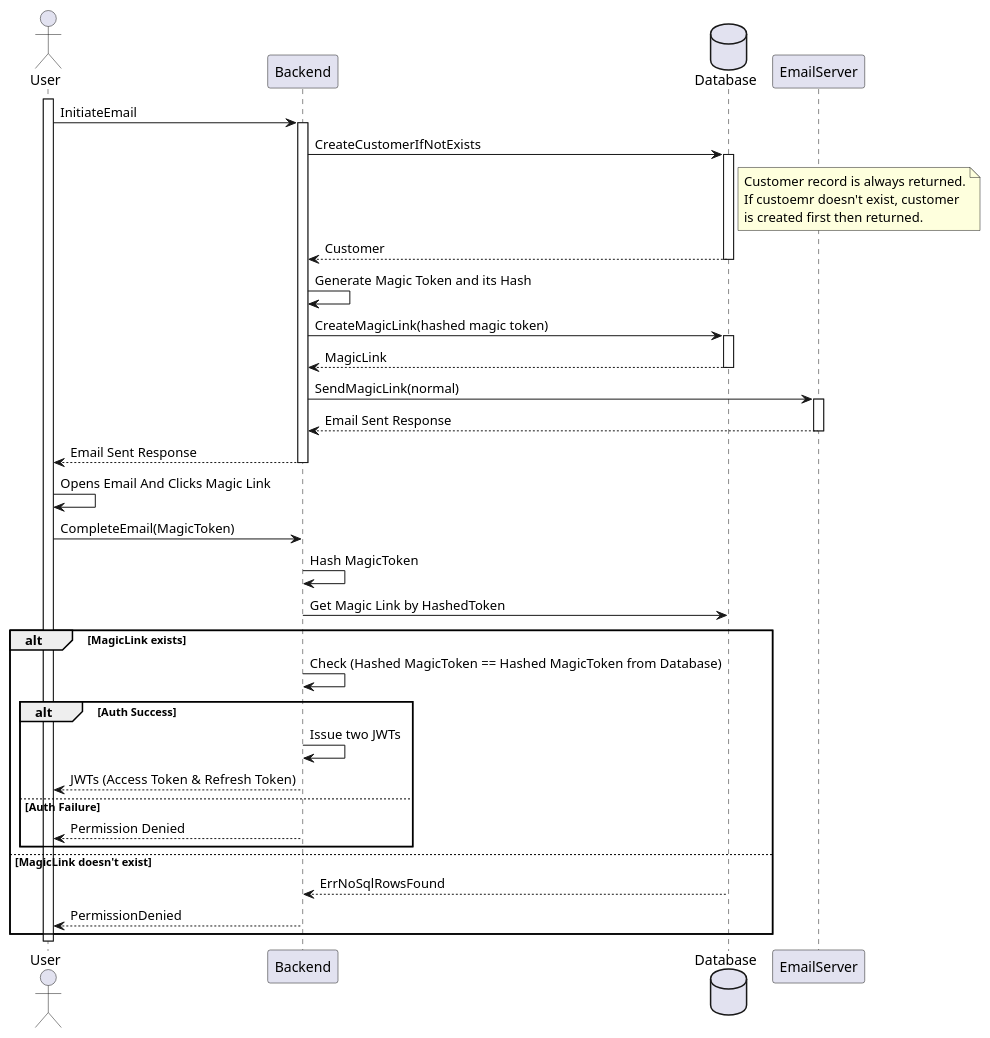
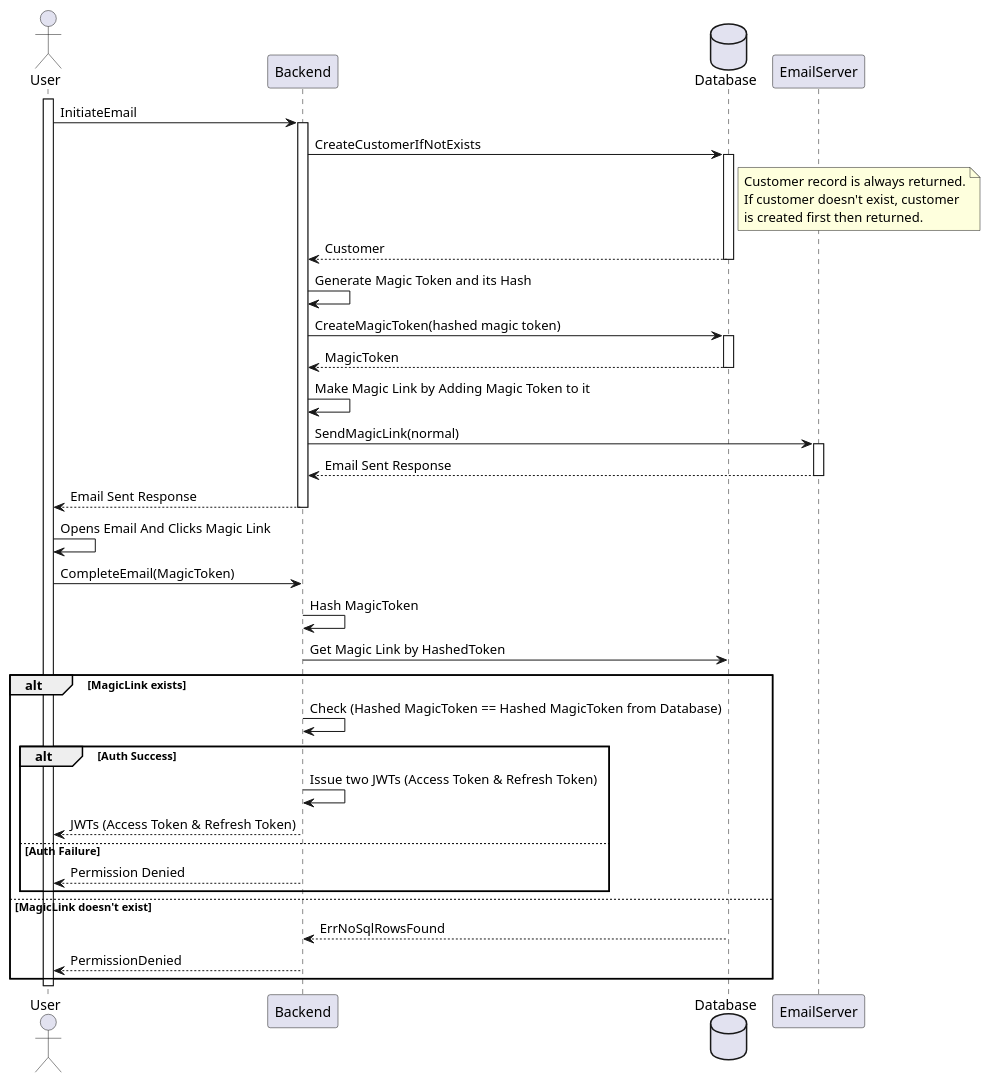
One commit to jadwalapp/symmetrical-spoon changed the first of 14 diagrams in docs/diagrams/sequence-diagrams/all-sequence-diagrams.puml. Above: the diagram before and after it, drawn with PlantUML. The commit also changed other lines of this file and 20 other files, not shown here.

```diff
--- a/docs/diagrams/sequence-diagrams/all-sequence-diagrams.puml
+++ b/docs/diagrams/sequence-diagrams/all-sequence-diagrams.puml
@@ -1,46 +1,48 @@
 @startuml Continue with Email
 actor User
 participant Backend
 database Database
 participant EmailServer
 
 activate User
 
 User -> Backend ++ : InitiateEmail
 
 Backend -> Database ++ : CreateCustomerIfNotExists
-note right of Database : Customer record is always returned.\nIf custoemr doesn't exist, customer\nis created first then returned.
+note right of Database : Customer record is always returned.\nIf customer doesn't exist, customer\nis created first then returned.
 Database --> Backend -- : Customer
 
 Backend -> Backend : Generate Magic Token and its Hash
 
-Backend -> Database ++ : CreateMagicLink(hashed magic token)
-Database --> Backend -- : MagicLink
+Backend -> Database ++ : CreateMagicToken(hashed magic token)
+Database --> Backend -- : MagicToken
+
+Backend -> Backend : Make Magic Link by Adding Magic Token to it
 
 Backend -> EmailServer ++ : SendMagicLink(normal)
 EmailServer --> Backend -- : Email Sent Response
 
 Backend --> User -- : Email Sent Response
 
 User -> User : Opens Email And Clicks Magic Link
 
 User -> Backend : CompleteEmail(MagicToken)
 
 Backend -> Backend : Hash MagicToken
 
 Backend -> Database : Get Magic Link by HashedToken
 alt MagicLink exists
     Backend -> Backend : Check (Hashed MagicToken == Hashed MagicToken from Database)
     alt Auth Success
-        Backend -> Backend : Issue two JWTs
+        Backend -> Backend : Issue two JWTs (Access Token & Refresh Token)
         Backend --> User : JWTs (Access Token & Refresh Token)
     else Auth Failure
         Backend --> User : Permission Denied
     end
 else MagicLink doesn't exist
     Database --> Backend : ErrNoSqlRowsFound
     Backend --> User : PermissionDenied
 end
 
 deactivate User
 @enduml
```
